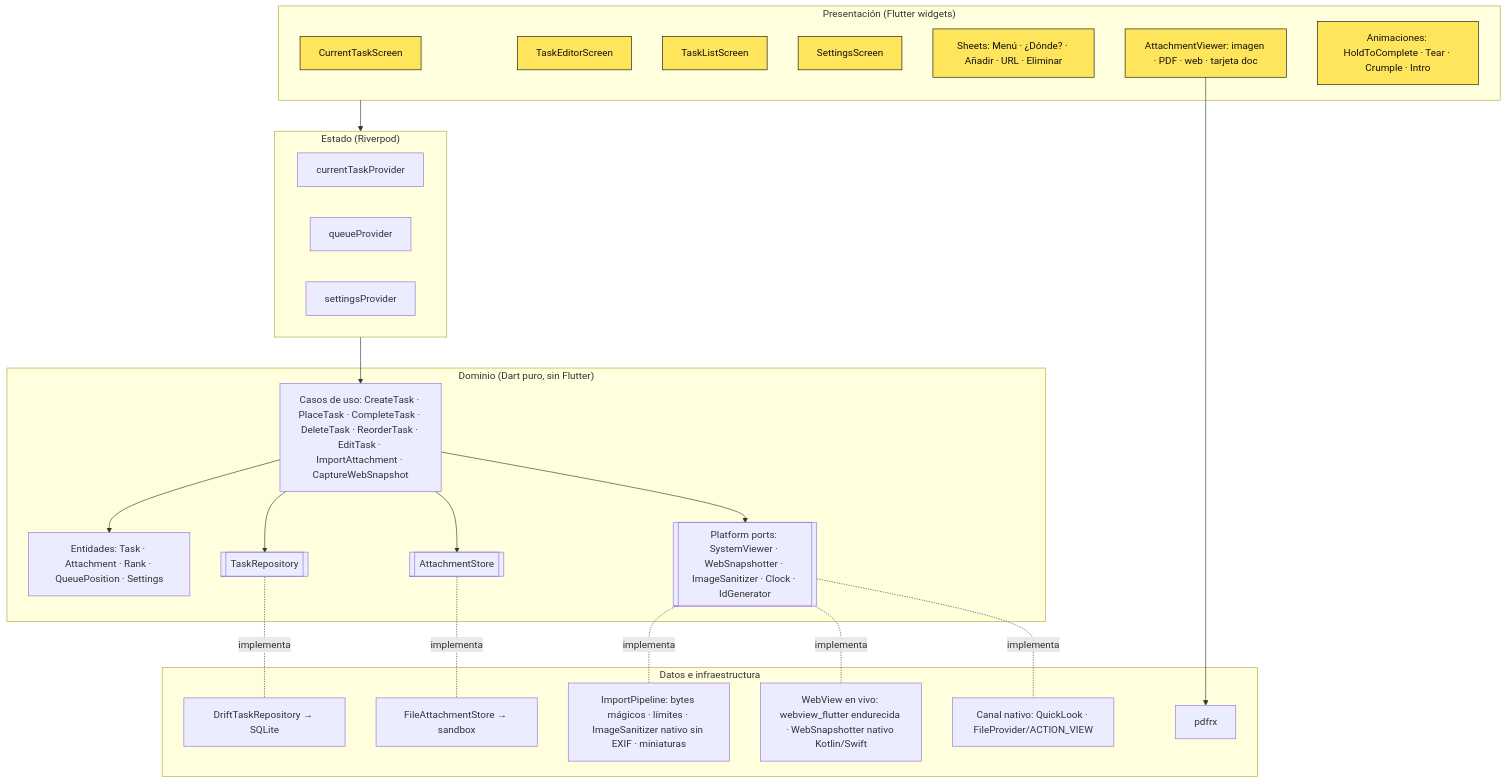
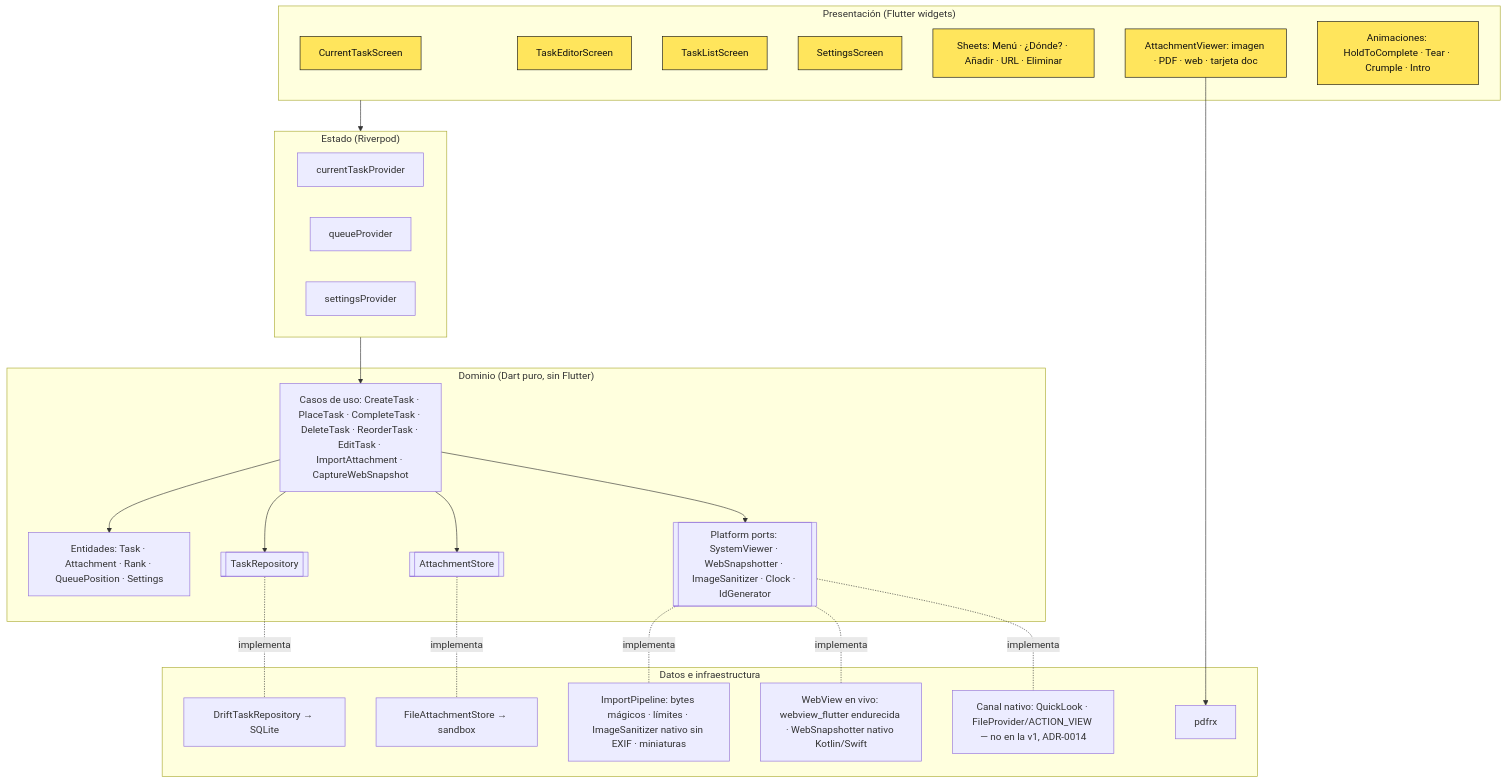
The first of 4 diagrams in docs/architecture.md (svallev/una), drawn with Mermaid before and after one commit. The commit also changed other lines of this file and 12 other files, not shown here.

````diff
--- a/docs/architecture.md
+++ b/docs/architecture.md
@@ -7,40 +7,40 @@
 ```mermaid
 flowchart TB
   subgraph UI["Presentación (Flutter widgets)"]
     S1[CurrentTaskScreen]:::ui
     S2[TaskEditorScreen]:::ui
     S3[TaskListScreen]:::ui
     S4[SettingsScreen]:::ui
     SH[Sheets: Menú · ¿Dónde? · Añadir · URL · Eliminar]:::ui
     V[AttachmentViewer: imagen · PDF · web · tarjeta doc]:::ui
     FX[Animaciones: HoldToComplete · Tear · Crumple · Intro]:::ui
   end
   subgraph STATE["Estado (Riverpod)"]
     P1[currentTaskProvider]
     P2[queueProvider]
     P3[settingsProvider]
   end
   subgraph DOMAIN["Dominio (Dart puro, sin Flutter)"]
     UC[Casos de uso: CreateTask · PlaceTask · CompleteTask · DeleteTask · ReorderTask · EditTask · ImportAttachment · CaptureWebSnapshot]
     E[Entidades: Task · Attachment · Rank · QueuePosition · Settings]
     RP[[TaskRepository]]
     AS[[AttachmentStore]]
     PF[[Platform ports: SystemViewer · WebSnapshotter · ImageSanitizer · Clock · IdGenerator]]
   end
   subgraph DATA["Datos e infraestructura"]
     DR[DriftTaskRepository → SQLite]
     FS[FileAttachmentStore → sandbox]
     IMP[ImportPipeline: bytes mágicos · límites · ImageSanitizer nativo sin EXIF · miniaturas]
     WV[WebView en vivo: webview_flutter endurecida · WebSnapshotter nativo Kotlin/Swift]
     PDF[pdfrx]
-    NV[Canal nativo: QuickLook · FileProvider/ACTION_VIEW]
+    NV[Canal nativo: QuickLook · FileProvider/ACTION_VIEW — no en la v1, ADR-0014]
   end
   UI --> STATE --> UC
   UC --> E
   UC --> RP & AS & PF
   RP -.implementa.- DR
   AS -.implementa.- FS
   PF -.implementa.- IMP & WV & NV
   V --> PDF
   classDef ui fill:#FFE55C,stroke:#111,color:#111
 ```
````
